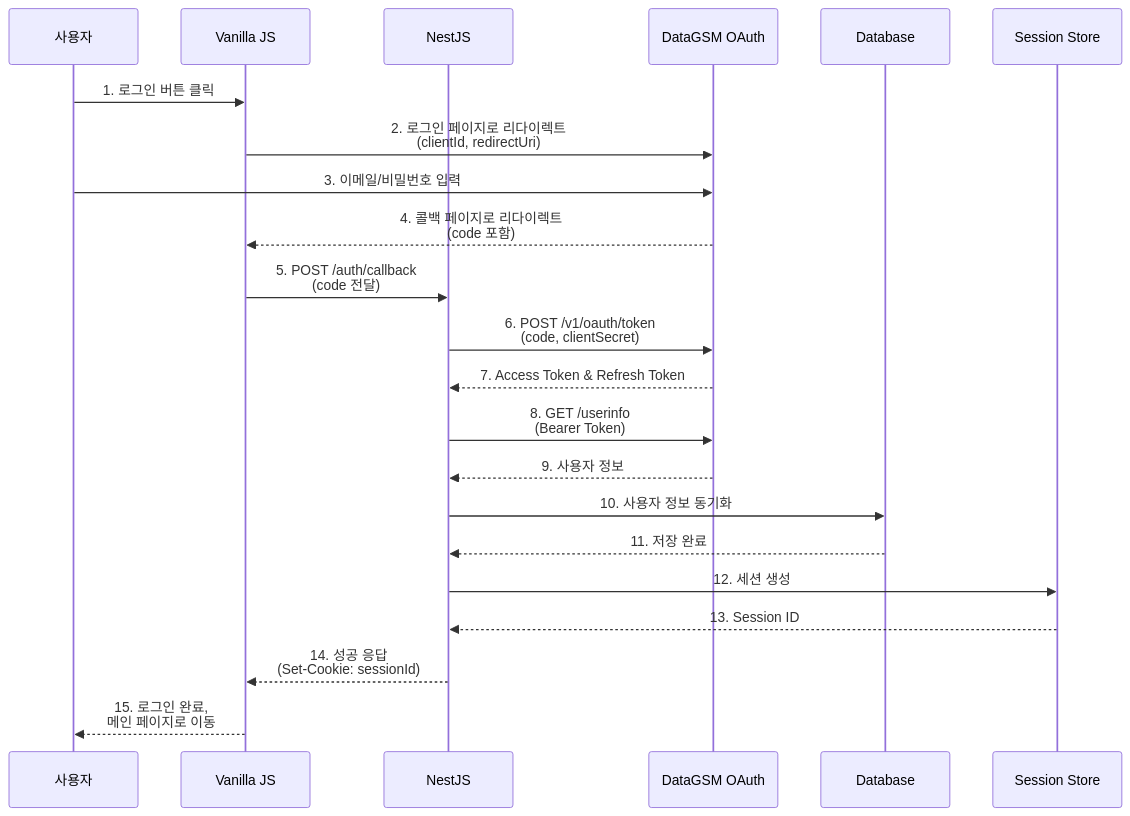
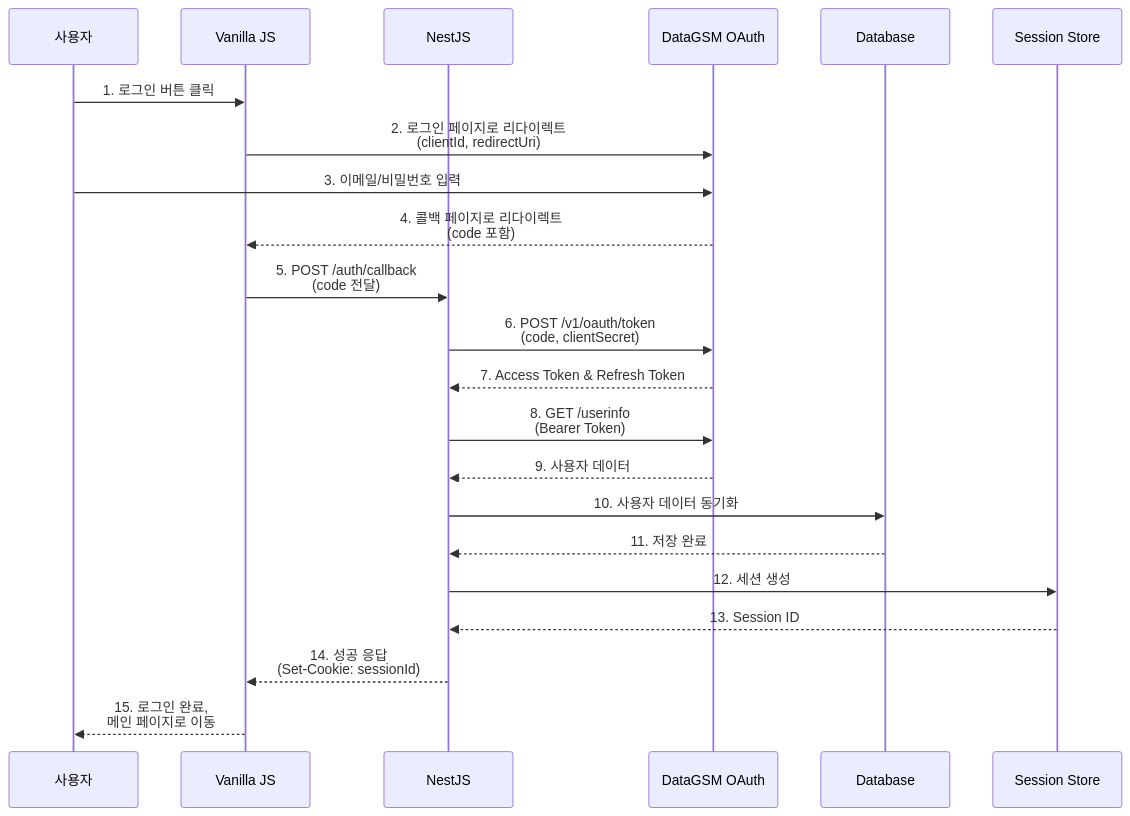
Before and after one commit to themoment-team/datagsm-front: the second of 3 diagrams in apps/docs/src/app/oauth/examples/vanilla-nestjs/page.mdx, drawn with Mermaid. The commit also changed other lines of this file and 31 other files, not shown here.

````diff
--- a/apps/docs/src/app/oauth/examples/vanilla-nestjs/page.mdx
+++ b/apps/docs/src/app/oauth/examples/vanilla-nestjs/page.mdx
@@ -77,25 +77,25 @@
 ```mermaid
 sequenceDiagram
     participant U as 사용자
     participant V as Vanilla JS
     participant N as NestJS
     participant O as DataGSM OAuth
     participant D as Database
     participant S as Session Store
 
     U->>V: 1. 로그인 버튼 클릭
     V->>O: 2. 로그인 페이지로 리다이렉트<br/>(clientId, redirectUri)
     U->>O: 3. 이메일/비밀번호 입력
     O-->>V: 4. 콜백 페이지로 리다이렉트<br/>(code 포함)
     V->>N: 5. POST /auth/callback<br/>(code 전달)
     N->>O: 6. POST /v1/oauth/token<br/>(code, clientSecret)
     O-->>N: 7. Access Token & Refresh Token
     N->>O: 8. GET /userinfo<br/>(Bearer Token)
-    O-->>N: 9. 사용자 정보
-    N->>D: 10. 사용자 정보 동기화
+    O-->>N: 9. 사용자 데이터
+    N->>D: 10. 사용자 데이터 동기화
     D-->>N: 11. 저장 완료
     N->>S: 12. 세션 생성
     S-->>N: 13. Session ID
     N-->>V: 14. 성공 응답<br/>(Set-Cookie: sessionId)
     V-->>U: 15. 로그인 완료,<br/>메인 페이지로 이동
 ```
````
